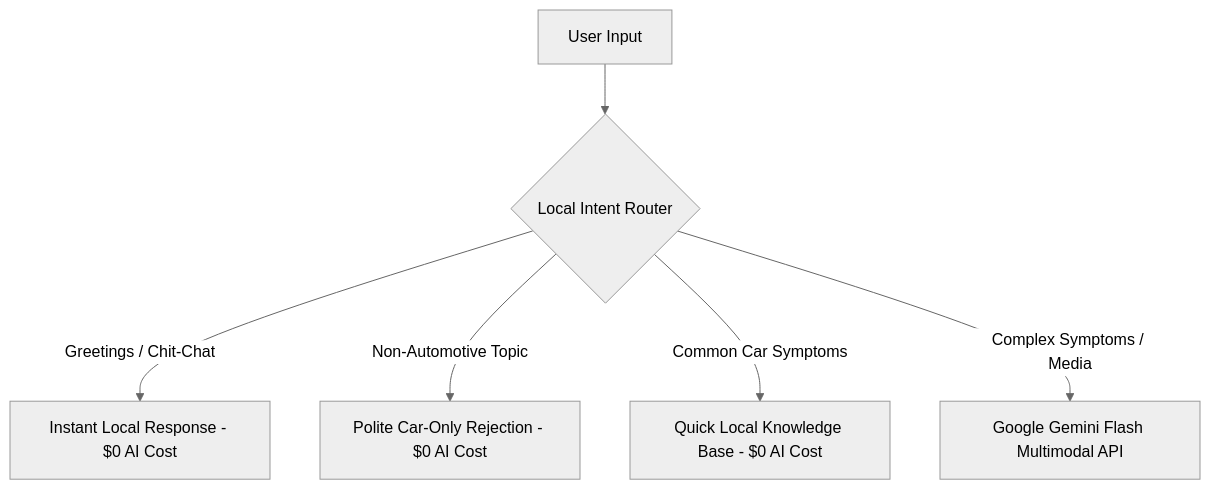
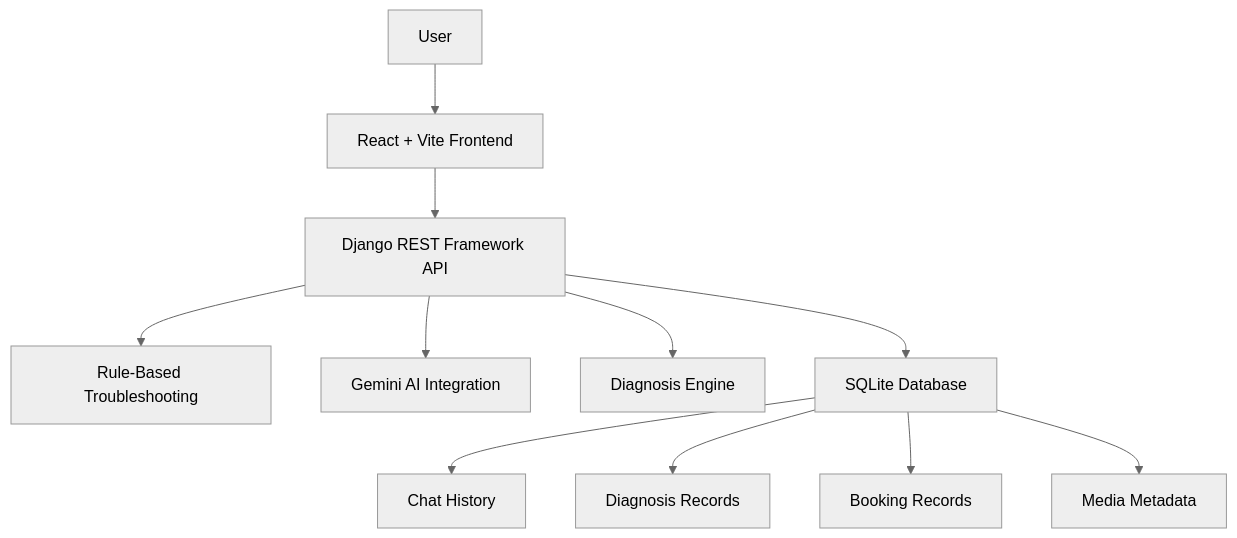
Before and after one commit to onlyshreeya/autocare-ai-mechanic: the diagram in README.md, drawn with Mermaid (neutral theme). The commit also changed other lines of this file, not shown here.

````diff
--- a/README.md
+++ b/README.md
@@ -24,8 +73,15 @@
 ```mermaid
 flowchart TD
-    A[User Input] --> B{Local Intent Router}
-    B -- Greetings / Chit-Chat --> C[Instant Local Response - $0 AI Cost]
-    B -- Non-Automotive Topic --> D[Polite Car-Only Rejection - $0 AI Cost]
-    B -- Common Car Symptoms --> E[Quick Local Knowledge Base - $0 AI Cost]
-    B -- Complex Symptoms / Media --> F[Google Gemini Flash Multimodal API]
+    A[User] --> B[React + Vite Frontend]
+    B --> C[Django REST Framework API]
+
+    C --> D[Rule-Based Troubleshooting]
+    C --> E[Gemini AI Integration]
+    C --> F[Diagnosis Engine]
+
+    C --> G[SQLite Database]
+    G --> H[Chat History]
+    G --> I[Diagnosis Records]
+    G --> J[Booking Records]
+    G --> K[Media Metadata]
 ```
````
